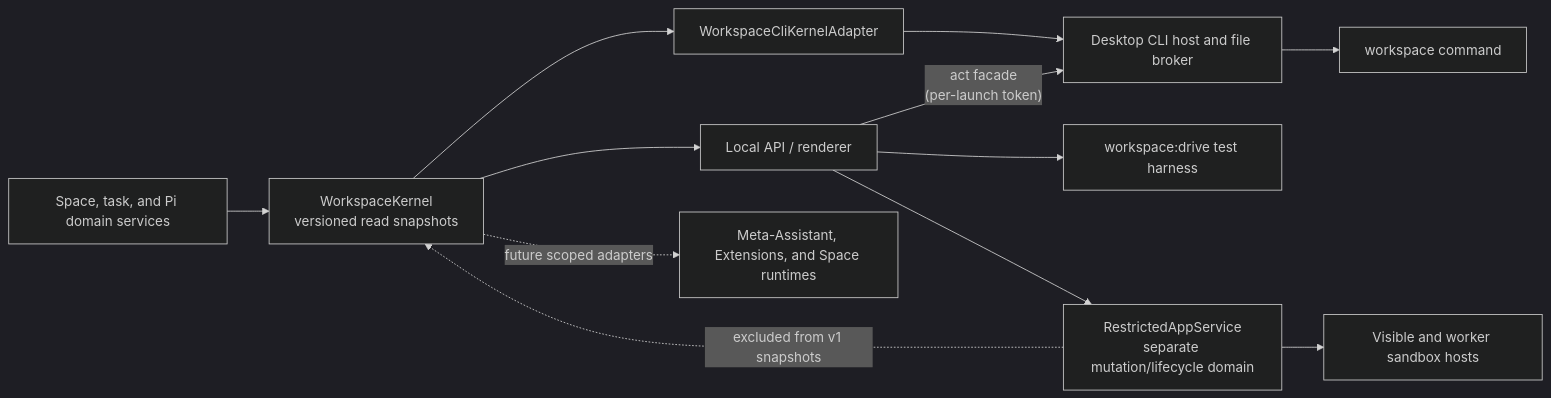
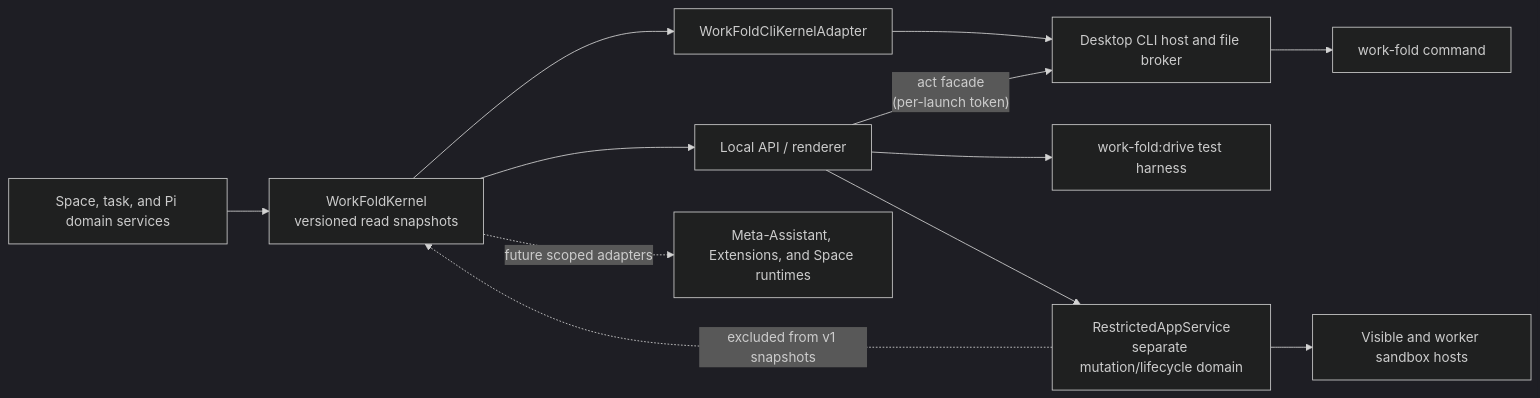
Before and after one commit to Mat-Tom-Son/work-fold: the diagram in docs/management-layer.md, drawn with Mermaid (dark theme). The commit also changed other lines of this file and 366 other files, not shown here.

Commit message:
release: work-fold 0.1.0

````diff
--- a/docs/management-layer.md
+++ b/docs/management-layer.md
@@ -18,14 +18,14 @@
 ```mermaid
 flowchart LR
-  domains["Space, task, and Pi domain services"] --> kernel["WorkspaceKernel<br/>versioned read snapshots"]
+  domains["Space, task, and Pi domain services"] --> kernel["WorkFoldKernel<br/>versioned read snapshots"]
   kernel --> api["Local API / renderer"]
-  kernel --> adapter["WorkspaceCliKernelAdapter"]
+  kernel --> adapter["WorkFoldCliKernelAdapter"]
   adapter --> host["Desktop CLI host and file broker"]
-  host --> command["workspace command"]
+  host --> command["work-fold command"]
   api -- "act facade<br/>(per-launch token)" --> host
-  api --> driver["workspace:drive test harness"]
+  api --> driver["work-fold:drive test harness"]
   kernel -. "future scoped adapters" .-> future["Meta-Assistant, Extensions, and Space runtimes"]
   api --> restricted["RestrictedAppService<br/>separate mutation/lifecycle domain"]
   restricted --> sandboxes["Visible and worker sandbox hosts"]
   restricted -. "excluded from v1 snapshots" .-> kernel
 ```
````
